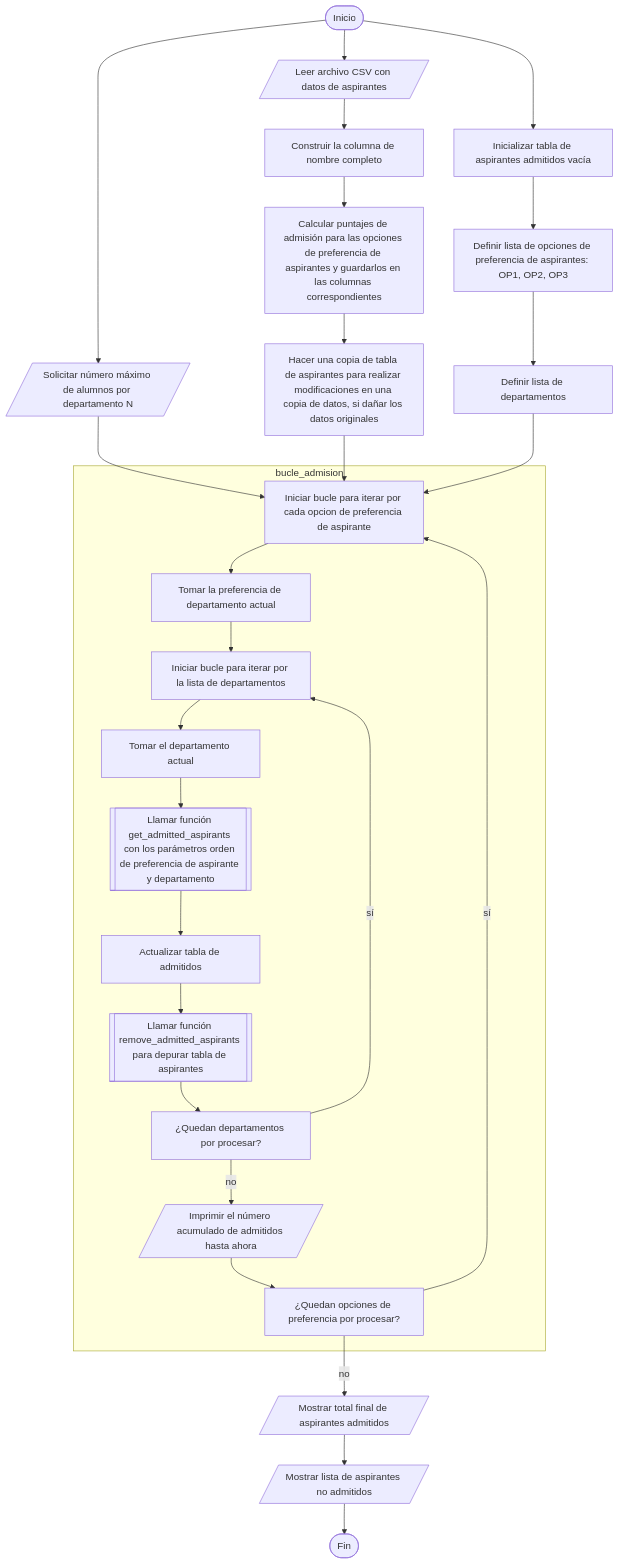
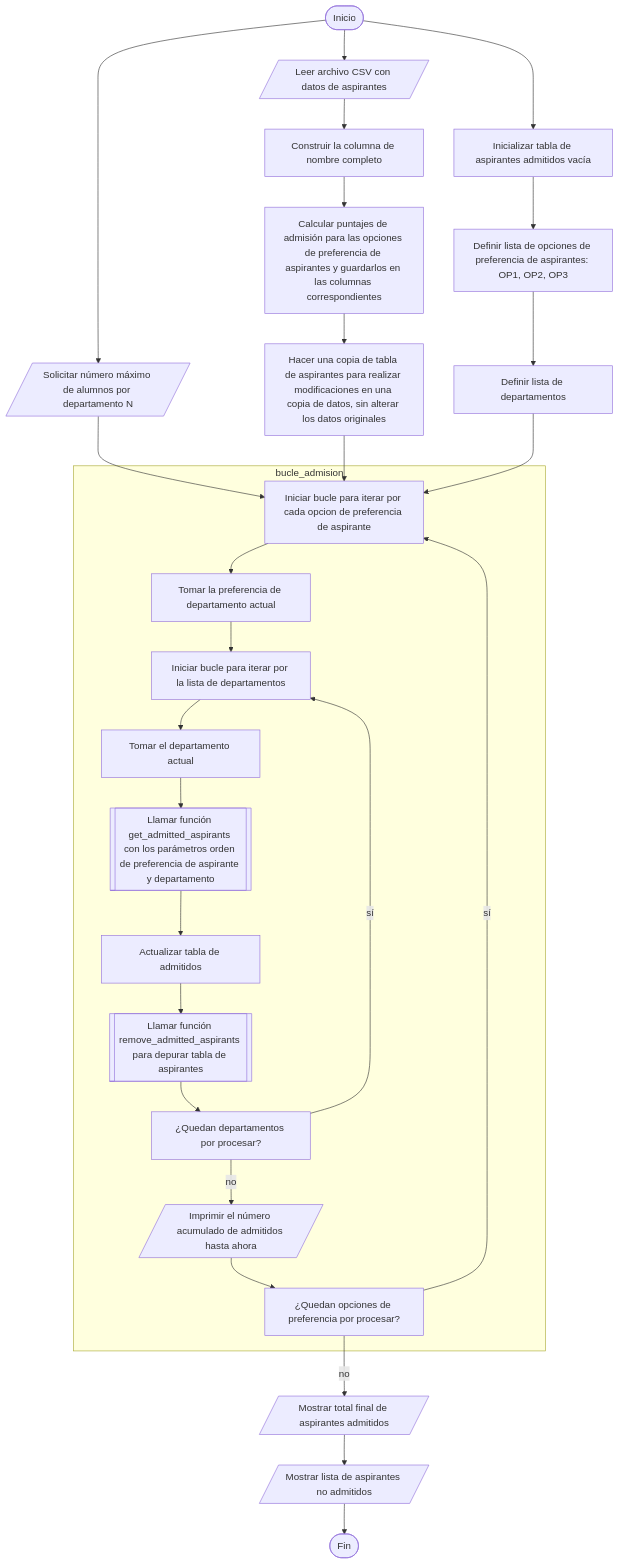
One commit to vshalisko/PythonIntro changed the diagram in Unidad_3/Proyecto_3_algoritmo.mermaid. Above: the diagram before and after it, drawn with Mermaid.

```diff
--- a/Unidad_3/Proyecto_3_algoritmo.mermaid
+++ b/Unidad_3/Proyecto_3_algoritmo.mermaid
@@ -1,29 +1,29 @@
 flowchart TD
 
 A([Inicio]) --> B[/Leer archivo CSV con datos de aspirantes/]
 A --> C[/Solicitar número máximo de alumnos por departamento N/]
 A --> D[Inicializar tabla de aspirantes admitidos vacía]
 B --> B1[Construir la columna de nombre completo]
 B1 --> B2[Calcular puntajes de admisión para las opciones de preferencia de aspirantes y guardarlos en las columnas correspondientes]
-B2 --> E[Hacer una copia de tabla de aspirantes para realizar modificaciones en una copia de datos, si dañar los datos originales]
+B2 --> E[Hacer una copia de tabla de aspirantes para realizar modificaciones en una copia de datos, sin alterar los datos originales]
 D --> F1[Definir lista de opciones de preferencia de aspirantes: OP1, OP2, OP3]
 F1 --> F[Definir lista de departamentos]
 C --> G
 E --> G
 F --> G
 subgraph bucle_admision
 G[Iniciar bucle para iterar por cada opcion de preferencia de aspirante] --> H[Tomar la preferencia de departamento actual]
 H --> I[Iniciar bucle para iterar por la lista de departamentos]
 I --> J[Tomar el departamento actual]
 J --> K[[Llamar función get_admitted_aspirants con los parámetros orden de preferencia de aspirante y departamento]]
 K --> L[Actualizar tabla de admitidos]
 L --> M[[Llamar función remove_admitted_aspirants para depurar tabla de aspirantes]]
 M --> N[¿Quedan departamentos por procesar?]
 N -- sí --> I
 N -- no --> O[/Imprimir el número acumulado de admitidos hasta ahora/]
 O --> P[¿Quedan opciones de preferencia por procesar?]
 P -- sí --> G
 end
 P -- no --> Q[/Mostrar total final de aspirantes admitidos/]
 Q --> R[/Mostrar lista de aspirantes no admitidos/]
 R --> S([Fin])
```
